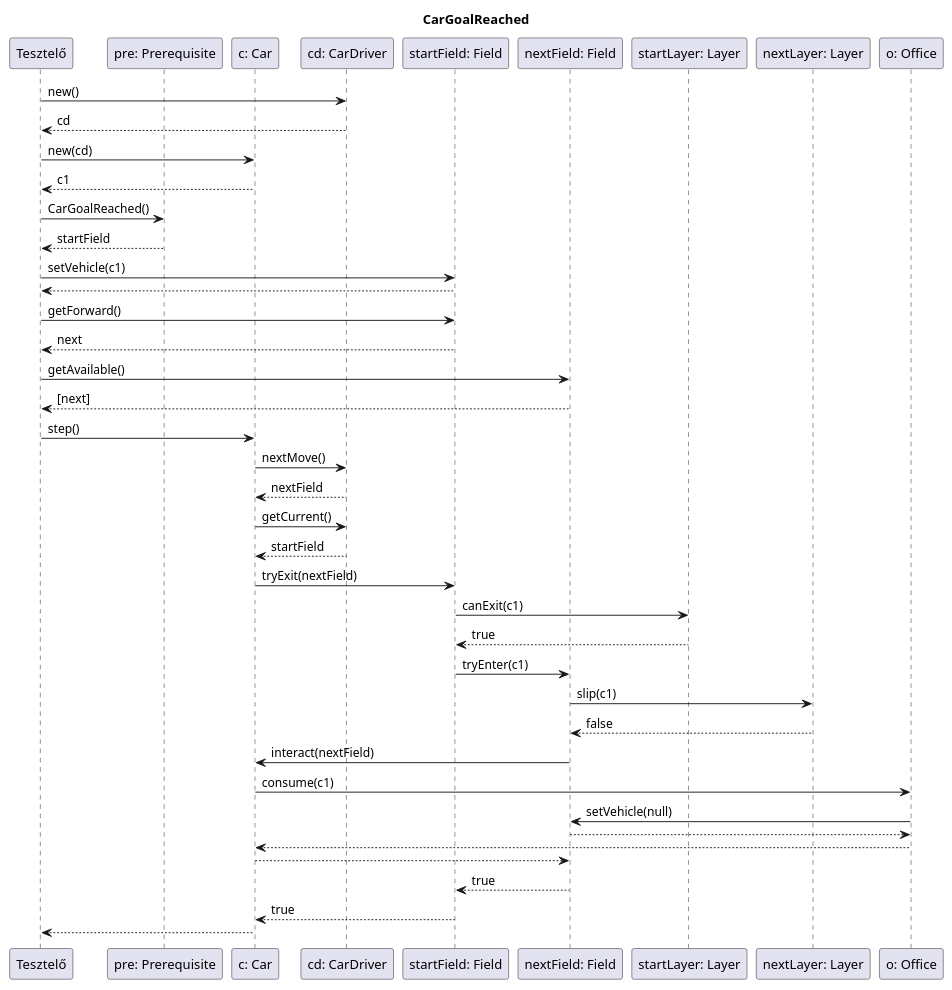
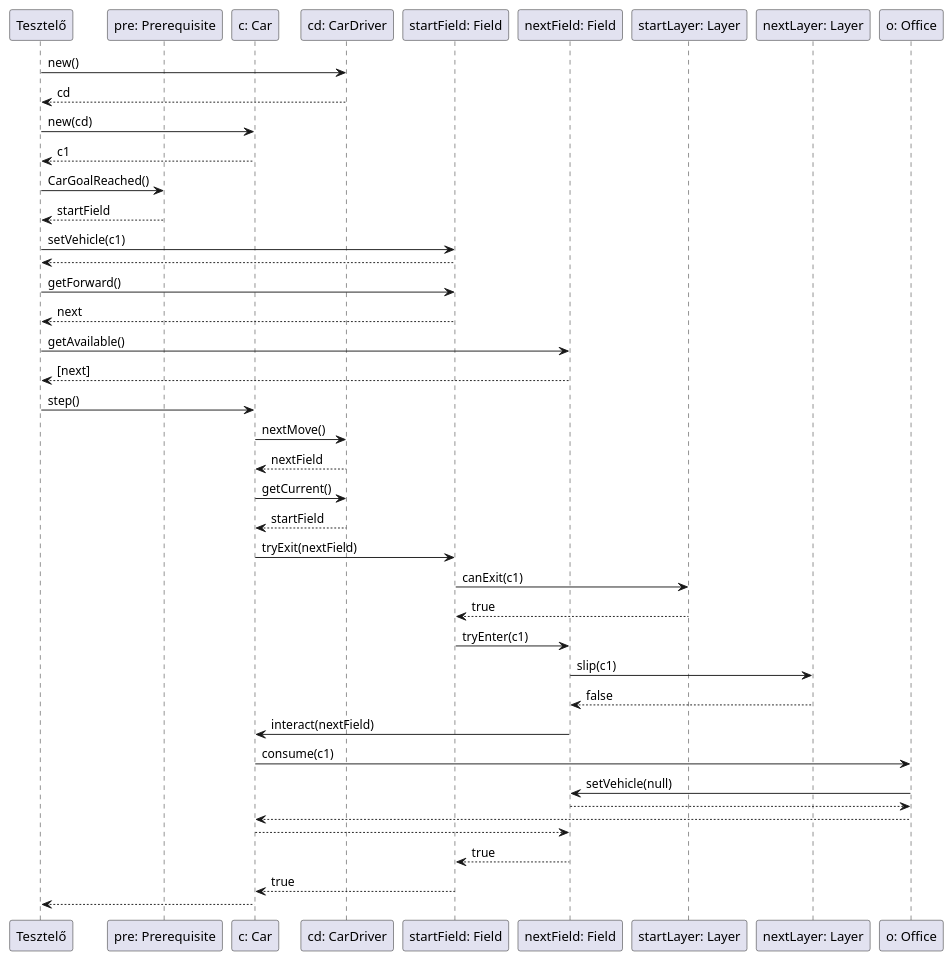
Before and after one commit to uhrinandor/spring: the diagram in docs/skeleton/car/CarGoalReached.plantuml, drawn with PlantUML. The commit also changed 10 other files, not shown here.

```diff
--- a/docs/skeleton/car/CarGoalReached.plantuml
+++ b/docs/skeleton/car/CarGoalReached.plantuml
@@ -1,79 +1,79 @@
 @startuml
 /'komm diagram: ket mezo egymas utan, a masodik mellett egy office, mindket mezon sima layer'/
 /'CarGoalReached'/
-title CarGoalReached
+
 participant "Tesztelő" as tester
 participant "pre: Prerequisite" as pre
 participant "c: Car" as c1
 participant "cd: CarDriver" as cd
 participant "startField: Field" as startField
 participant "nextField: Field" as nextField
 participant "startLayer: Layer" as startLayer
 participant "nextLayer: Layer" as nextLayer
 participant "o: Office" as office
 
 /'letrehoz egy cardrivert'/
 tester->cd:new()
 cd-->tester:cd
 
 /'letrehozza az autot a cardriverrel'/
 tester->c1:new(cd)
 c1-->tester:c1
 
 tester->pre:CarGoalReached()
 pre-->tester:startField
 
 /'az elso mezo beallitja az autot'/
 tester->startField: setVehicle(c1)
 startField-->tester:
 
 /'megkerdezi az elso mezot hogy mi a kovetkezo IRoad'/
 tester->startField: getForward()
 startField-->tester:next
 
 /'elkeri a Field-ek listajat a kovetkezo IRoad-tol'/
 tester->nextField:getAvailable()
 nextField-->tester:[next]
 
 /'a tesztelo lepteti az autot'/
 tester->c1: step()
 
 /'a driver meghatarozza a kovetkezo mezot'/
 c1->cd: nextMove()
 cd-->c1: nextField
 
 /'lekerdezi az auto aktualis mezojet'/
 c1->cd: getCurrent()
 cd-->c1: startField
 
 /'auto megprobal kilepni a jelenlegi mezorol'/
 c1->startField: tryExit(nextField)
 
 /'a jelenlegi mezo retege eldonti, hogy kilephet-e'/
 startField->startLayer: canExit(c1)
 startLayer-->startField: true
 
 /'megprobal belepni a kovetkezo mezore'/
 startField->nextField: tryEnter(c1)
 
 /'a kovetkezo mezon nem csuszik meg'/
 nextField->nextLayer: slip(c1)
 nextLayer-->nextField: false
 
 /'az auto ellenorzi a mezot, es kiderul hogy celba ert'/
 nextField->c1: interact(nextField)
 /'office eltunteti a palyarol'/
 c1->office: consume(c1)
 
 office->nextField: setVehicle(null)
 nextField-->office:
 
 office-->c1:
 /'interact-ra valasz'/
 c1-->nextField:
 
 /'sikeres belepes'/
 nextField-->startField: true
 startField-->c1: true
 c1-->tester:
 @enduml
```
